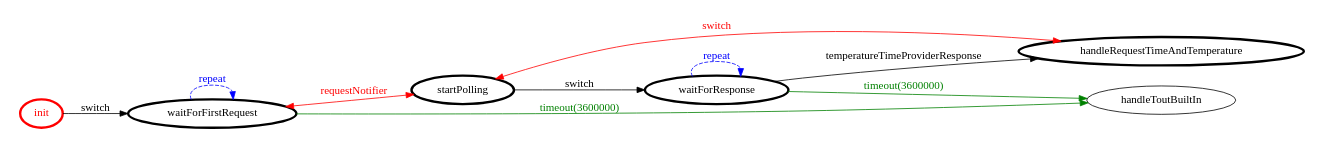
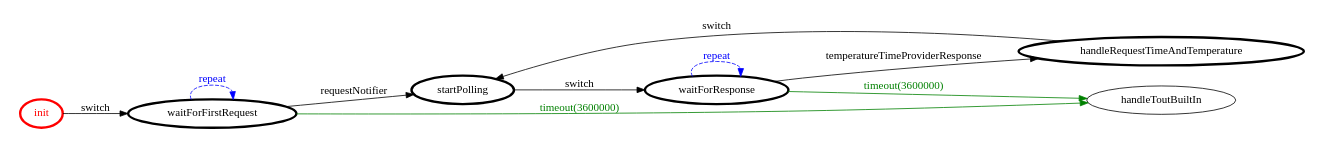
Before and after one commit to FraGio/iss2018: the diagram in it.unibo.problemAnalysis/srcMore/it/unibo/notifier/notifier.gv, drawn with Graphviz. The commit also changed 24 other files, not shown here.

```diff
--- a/it.unibo.problemAnalysis/srcMore/it/unibo/notifier/notifier.gv
+++ b/it.unibo.problemAnalysis/srcMore/it/unibo/notifier/notifier.gv
@@ -1,27 +1,27 @@
 /*
 *
 * A GraphViz DOT FSM description 
 * Please use a GraphViz visualizer (like http://www.webgraphviz.com)
 *  
 */
 
 digraph finite_state_machine {
 	rankdir=LR
 	size="8,5"
 	
 	init [ color = red ][ fontcolor = red ][ penwidth = 3 ]
 	waitForFirstRequest [ color = black ][ fontcolor = black ][ penwidth = 3 ]
 	handleRequestTimeAndTemperature [ color = black ][ fontcolor = black ][ penwidth = 3 ]
 	startPolling [ color = black ][ fontcolor = black ][ penwidth = 3 ]
 	waitForResponse [ color = black ][ fontcolor = black ][ penwidth = 3 ]
 	
 	waitForResponse -> handleToutBuiltIn [ label = "timeout(3600000)" ][ color = green ][ fontcolor = green ]
 	init -> waitForFirstRequest [ label = "switch" ][ color = black ][ fontcolor = black ]
-	waitForFirstRequest -> startPolling [ label = "requestNotifier" ][ color = red ][ fontcolor = red ][ dir = both ]
 	waitForResponse -> handleRequestTimeAndTemperature [ label = "temperatureTimeProviderResponse" ][ color = black ][ fontcolor = black ]
 	waitForResponse -> waitForResponse [ label = "repeat "][ style = dashed ][ color = blue ][ fontcolor = blue ]
-	handleRequestTimeAndTemperature -> startPolling [ label = "switch" ][ color = red ][ fontcolor = red ][ dir = both ]
+	waitForFirstRequest -> startPolling [ label = "requestNotifier" ][ color = black ][ fontcolor = black ]
 	waitForFirstRequest -> waitForFirstRequest [ label = "repeat "][ style = dashed ][ color = blue ][ fontcolor = blue ]
 	startPolling -> waitForResponse [ label = "switch" ][ color = black ][ fontcolor = black ]
+	handleRequestTimeAndTemperature -> startPolling [ label = "switch" ][ color = black ][ fontcolor = black ]
 	waitForFirstRequest -> handleToutBuiltIn [ label = "timeout(3600000)" ][ color = green ][ fontcolor = green ]
 }
```
